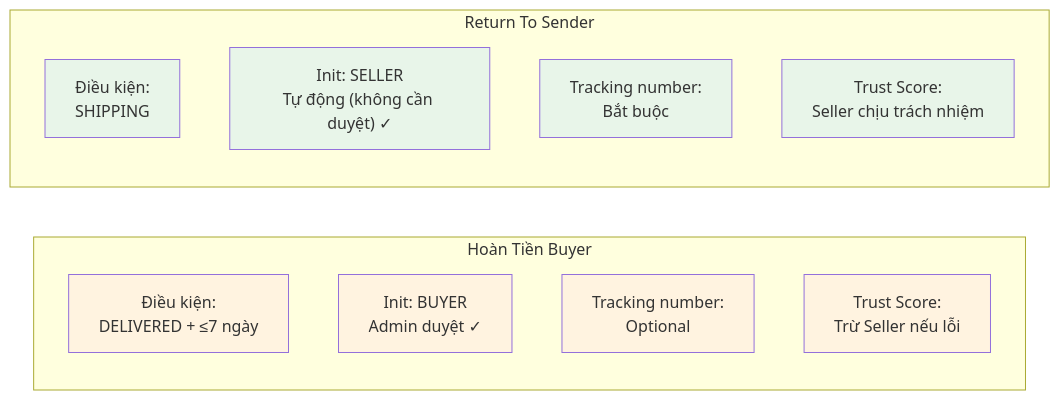
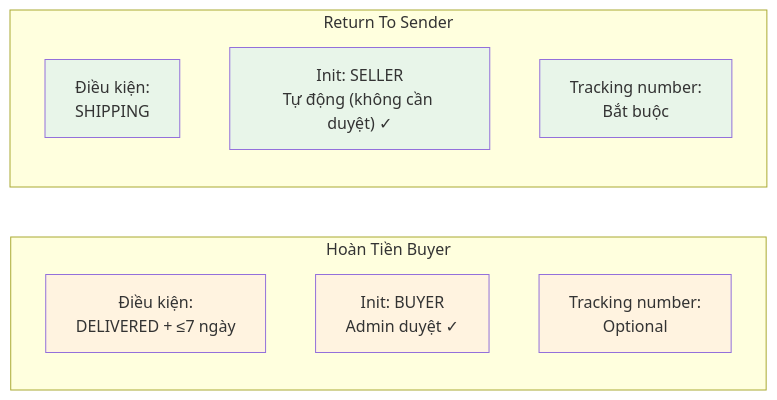
One commit to ldqanh1408/stealing-from-paradise changed diagram 15 of 18 in docs/07_BUSINESS_FLOWS.md. Above: the diagram before and after it, drawn with Mermaid. The commit also changed other lines of this file and 52 other files, not shown here.

Commit message:
refactor: remove Trust Score related entities and references from codebase

````diff
--- a/docs/07_BUSINESS_FLOWS.md
+++ b/docs/07_BUSINESS_FLOWS.md
@@ -576,25 +563,21 @@
 ```mermaid
 graph LR
     subgraph BuyerRefund["Hoàn Tiền Buyer"]
         B1["Điều kiện:<br>DELIVERED + ≤7 ngày"]
         B2["Init: BUYER<br>Admin duyệt ✓"]
         B3["Tracking number:<br>Optional"]
-        B4["Trust Score:<br>Trừ Seller nếu lỗi"]
     end
 
     subgraph RTS["Return To Sender"]
         R1["Điều kiện:<br>SHIPPING"]
         R2["Init: SELLER<br>Tự động (không cần duyệt) ✓"]
         R3["Tracking number:<br>Bắt buộc"]
-        R4["Trust Score:<br>Seller chịu trách nhiệm"]
     end
 
     style B1 fill:#fff3e0
     style B2 fill:#fff3e0
     style B3 fill:#fff3e0
-    style B4 fill:#fff3e0
     style R1 fill:#e8f5e9
     style R2 fill:#e8f5e9
     style R3 fill:#e8f5e9
-    style R4 fill:#e8f5e9
 ```
````
